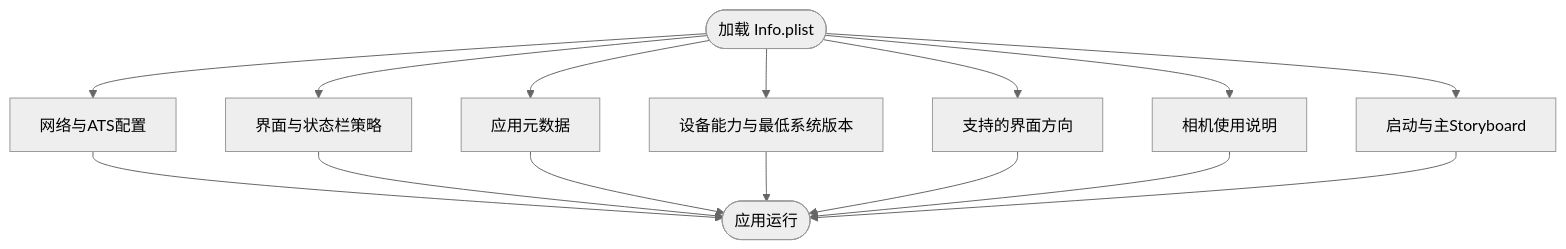
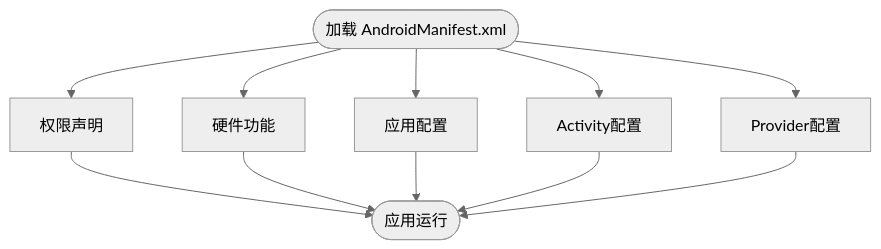
The fourth of 7 diagrams in .qoder/repowiki/zh/content/原生平台集成/iOS平台集成.md (dingxyang/Macro-Deck-Client-App), drawn with Mermaid (neutral theme) before and after one commit. The commit also changed other lines of this file and 47 other files, not shown here.

````diff
--- a/.qoder/repowiki/zh/content/原生平台集成/iOS平台集成.md
+++ b/.qoder/repowiki/zh/content/原生平台集成/iOS平台集成.md
@@ -198,17 +205,13 @@
 ```mermaid
 flowchart TD
-Start(["加载 Info.plist"]) --> ATS["网络与ATS配置"]
-Start --> UI["界面与状态栏策略"]
-Start --> Meta["应用元数据"]
-Start --> Device["设备能力与最低系统版本"]
-Start --> Orient["支持的界面方向"]
-Start --> Camera["相机使用说明"]
-Start --> Launch["启动与主Storyboard"]
-ATS --> End(["应用运行"])
-UI --> End
-Meta --> End
-Device --> End
-Orient --> End
-Camera --> End
-Launch --> End
+Start(["加载 AndroidManifest.xml"]) --> Perm["权限声明"]
+Start --> Feature["硬件功能"]
+Start --> App["应用配置"]
+Start --> Act["Activity配置"]
+Start --> Prov["Provider配置"]
+Perm --> End(["应用运行"])
+Feature --> End
+App --> End
+Act --> End
+Prov --> End
 ```
````
